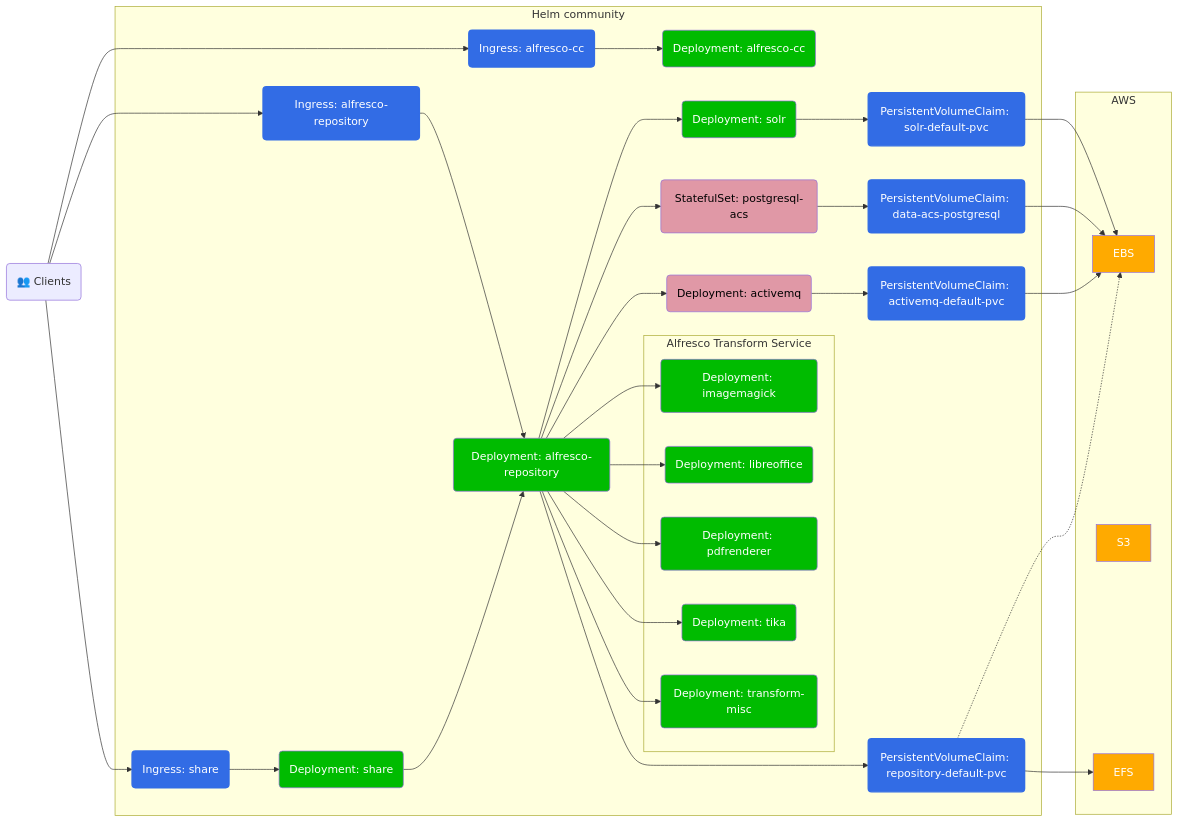
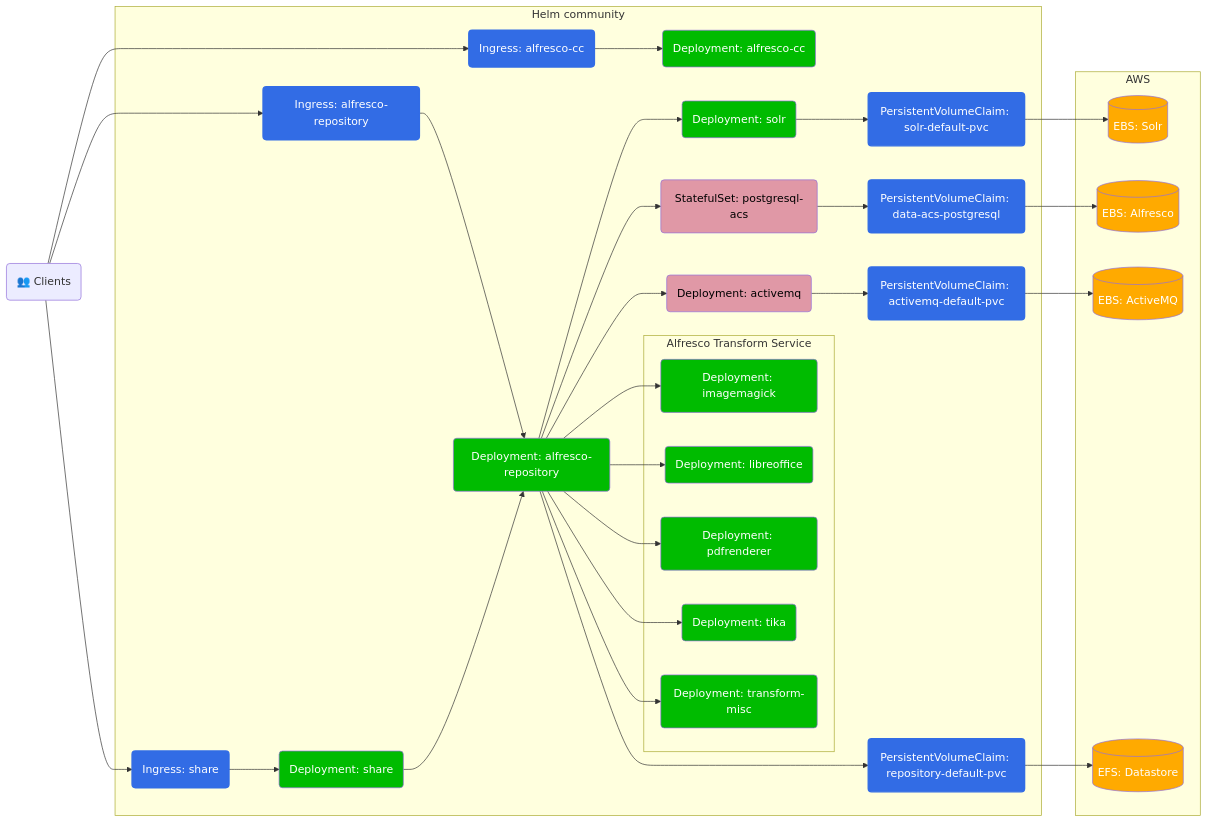
Before and after one commit to Alfresco/acs-deployment: the fourth of 4 diagrams in docs/helm/eks-deployment.md, drawn with Mermaid. The commit also changed other lines of this file, not shown here.

````diff
--- a/docs/helm/eks-deployment.md
+++ b/docs/helm/eks-deployment.md
@@ -156,59 +154,59 @@
 ```mermaid
 graph LR
 
 classDef alf fill:#0b0,color:#fff
 classDef aws fill:#fa0,color:#fff
 classDef k8s fill:#326ce5,stroke:#326ce5,stroke-width:2px,color:#fff
 classDef thrdP fill:#e098a6,color:#000
 
 Client("👥 Clients")
 
 subgraph Helm community
   PersistentVolumeClaim_activemq-default-pvc(PersistentVolumeClaim: activemq-default-pvc):::k8s
   PersistentVolumeClaim_repository-default-pvc(PersistentVolumeClaim: repository-default-pvc):::k8s
   PersistentVolumeClaim_solr-default-pvc(PersistentVolumeClaim: solr-default-pvc):::k8s
   PersistentVolumeClaim_data-acs-postgresql(PersistentVolumeClaim: data-acs-postgresql):::k8s
   Deployment_activemq(Deployment: activemq):::thrdP
   Deployment_alfresco-cc(Deployment: alfresco-cc):::alf
   Deployment_alfresco-repository(Deployment: alfresco-repository):::alf
   Deployment_solr(Deployment: solr):::alf
   Deployment_share(Deployment: share):::alf
   StatefulSet_postgresql-acs(StatefulSet: postgresql-acs):::thrdP
   Ingress_alfresco-cc(Ingress: alfresco-cc):::k8s
   Ingress_alfresco-repository(Ingress: alfresco-repository):::k8s
   Ingress_share(Ingress: share):::k8s
   subgraph "Alfresco Transform Service"
     Deployment_imagemagick(Deployment: imagemagick):::alf
     Deployment_libreoffice(Deployment: libreoffice):::alf
     Deployment_pdfrenderer(Deployment: pdfrenderer):::alf
     Deployment_tika(Deployment: tika):::alf
     Deployment_transform-misc(Deployment: transform-misc):::alf
   end
 end
 
 subgraph AWS
-  EBS:::aws
-  S3:::aws
-  EFS:::aws
+  EBS-acs[(EBS: Alfresco)]:::aws
+  EBS-mq[(EBS: ActiveMQ)]:::aws
+  EBS-solr[(EBS: Solr)]:::aws
+  EFS[(EFS: Datastore)]:::aws
 end
 
 Client ----> Ingress_alfresco-cc --> Deployment_alfresco-cc
 Client --> Ingress_alfresco-repository --> Deployment_alfresco-repository
 Client --> Ingress_share --> Deployment_share
 
 Deployment_share --> Deployment_alfresco-repository
 
 Deployment_alfresco-repository --> Deployment_solr
-Deployment_alfresco-repository --> StatefulSet_postgresql-acs --> PersistentVolumeClaim_data-acs-postgresql --> EBS
+Deployment_alfresco-repository --> StatefulSet_postgresql-acs --> PersistentVolumeClaim_data-acs-postgresql --> EBS-acs
 Deployment_alfresco-repository --> Deployment_activemq
 Deployment_alfresco-repository --> Deployment_imagemagick
 Deployment_alfresco-repository --> Deployment_libreoffice
 Deployment_alfresco-repository --> Deployment_pdfrenderer
 Deployment_alfresco-repository --> Deployment_tika
 Deployment_alfresco-repository --> Deployment_transform-misc
 
-PersistentVolumeClaim_repository-default-pvc -.-> EBS
 Deployment_alfresco-repository ---> PersistentVolumeClaim_repository-default-pvc --> EFS
-Deployment_activemq --> PersistentVolumeClaim_activemq-default-pvc --> EBS
-Deployment_solr --> PersistentVolumeClaim_solr-default-pvc --> EBS
+Deployment_activemq --> PersistentVolumeClaim_activemq-default-pvc --> EBS-mq
+Deployment_solr --> PersistentVolumeClaim_solr-default-pvc --> EBS-solr
 ```
````
